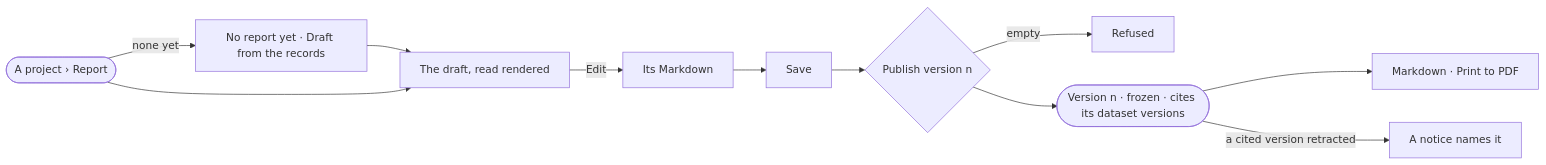
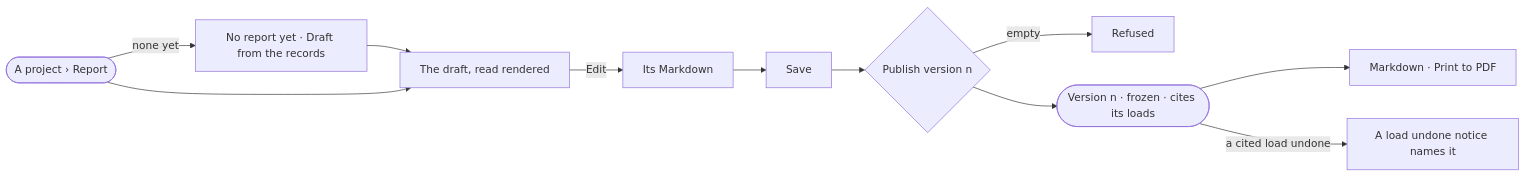
Before and after one commit to invana/invana: the diagram in specs/capabilities/projects/features/PJ-F05-project-reports/stories/PJ-14-publish-what-we-decided/story.md, drawn with Mermaid. The commit also changed other lines of this file and 637 other files, not shown here.

````diff
--- a/specs/capabilities/projects/features/PJ-F05-project-reports/stories/PJ-14-publish-what-we-decided/story.md
+++ b/specs/capabilities/projects/features/PJ-F05-project-reports/stories/PJ-14-publish-what-we-decided/story.md
@@ -26,12 +26,12 @@
 ```mermaid
 flowchart LR
   s([A project › Report]) -->|none yet| e["No report yet · Draft from the records"]
   e --> d["The draft, read rendered"]
   s --> d
   d -->|Edit| m["Its Markdown"] --> sv["Save"]
   sv --> p{"Publish version n"}
   p -->|empty| r["Refused"]
-  p --> v(["Version n · frozen · cites its dataset versions"])
+  p --> v(["Version n · frozen · cites its loads"])
   v --> x["Markdown · Print to PDF"]
-  v -->|a cited version retracted| n["A notice names it"]
+  v -->|a cited load undone| n["A load undone notice names it"]
 ```
````
